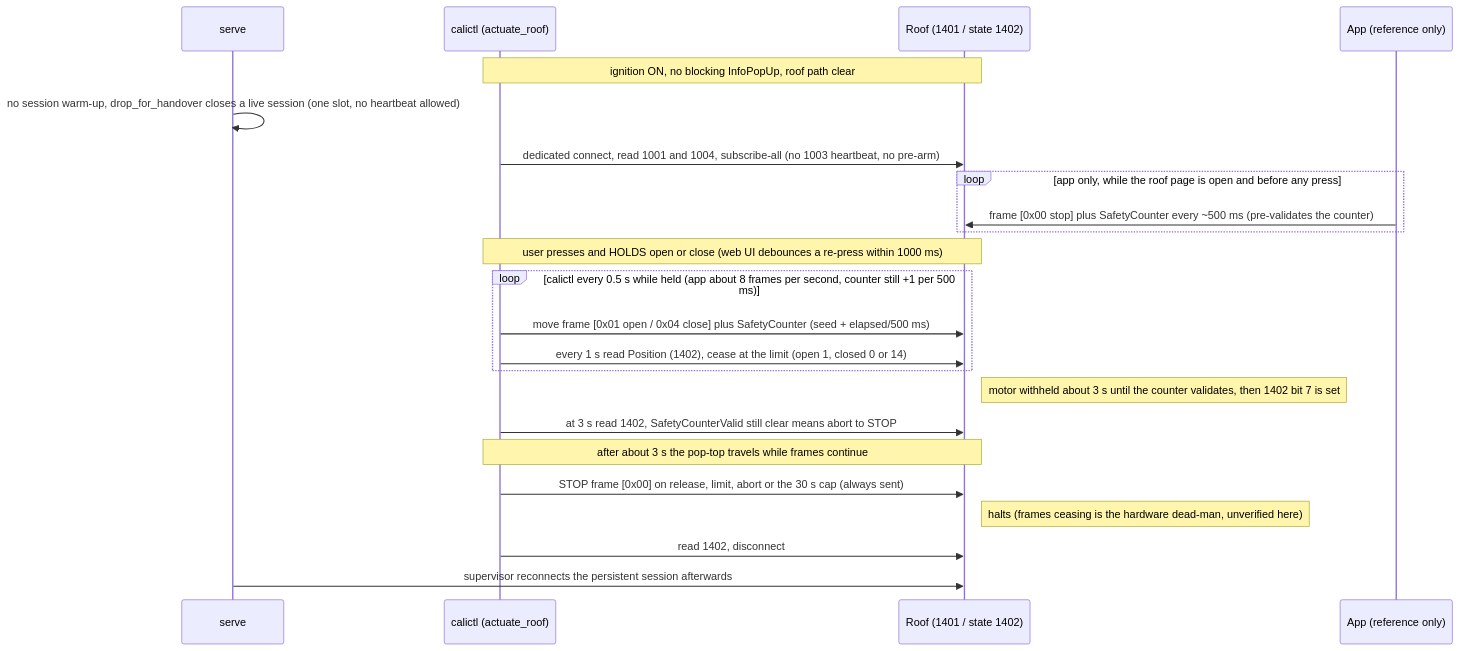
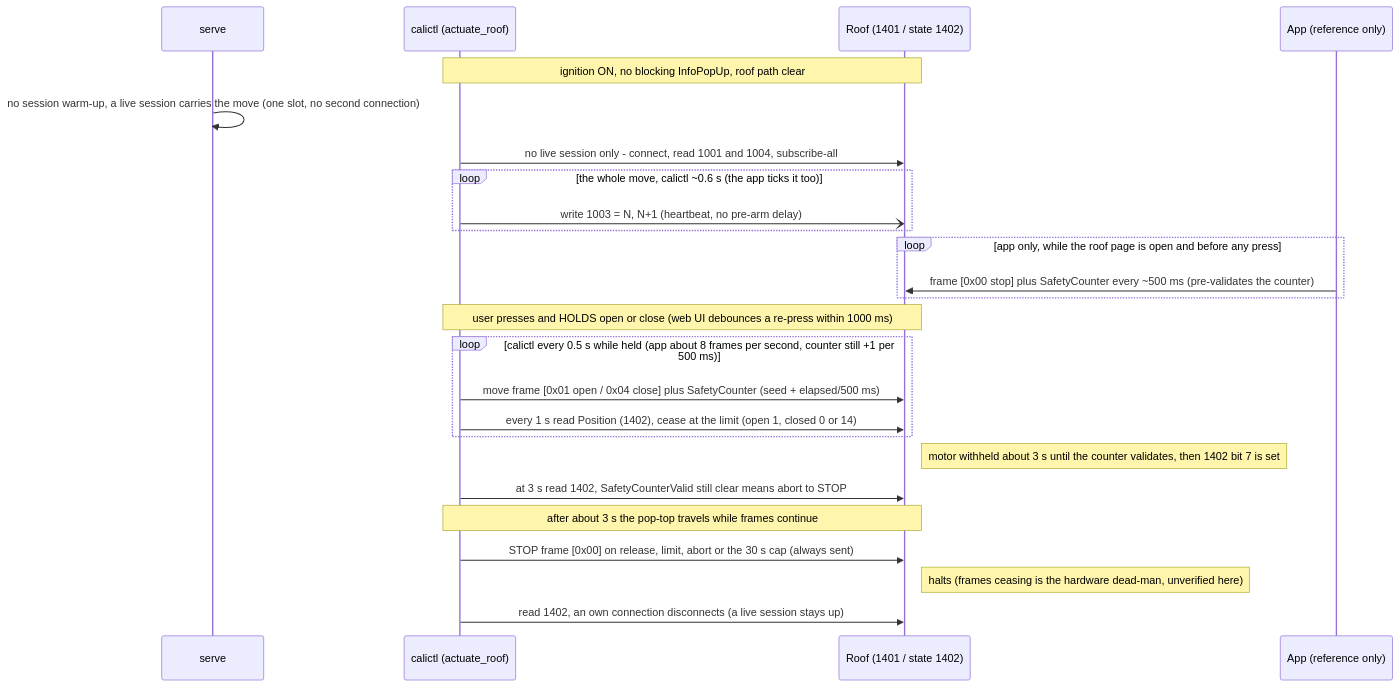
One commit to ckeller42/open-california changed the seventh of 10 diagrams in docs/protocol-sequences.rst. Above: the diagram before and after it, drawn with Mermaid. The commit also changed other lines of this file and 7 other files, not shown here.

First line of the commit message:
docs: roof arm follows the app (1003 heartbeat during the move)

```diff
--- a/docs/protocol-sequences.rst
+++ b/docs/protocol-sequences.rst
@@ -558,25 +558,27 @@
 .. mermaid::
 
     sequenceDiagram
         participant S as serve
         participant C as calictl (actuate_roof)
         participant U as Roof (1401 / state 1402)
         participant A as App (reference only)
         Note over C,U: ignition ON, no blocking InfoPopUp, roof path clear
-        S->>S: no session warm-up, drop_for_handover closes a live session (one slot, no heartbeat allowed)
-        C->>U: dedicated connect, read 1001 and 1004, subscribe-all (no 1003 heartbeat, no pre-arm)
+        S->>S: no session warm-up, a live session carries the move (one slot, no second connection)
+        C->>U: no live session only - connect, read 1001 and 1004, subscribe-all
+        loop the whole move, calictl ~0.6 s (the app ticks it too)
+            C-)U: write 1003 = N, N+1 (heartbeat, no pre-arm delay)
+        end
         loop app only, while the roof page is open and before any press
             A->>U: frame [0x00 stop] plus SafetyCounter every ~500 ms (pre-validates the counter)
         end
         Note over C,U: user presses and HOLDS open or close (web UI debounces a re-press within 1000 ms)
         loop calictl every 0.5 s while held (app about 8 frames per second, counter still +1 per 500 ms)
             C->>U: move frame [0x01 open / 0x04 close] plus SafetyCounter (seed + elapsed/500 ms)
             C->>U: every 1 s read Position (1402), cease at the limit (open 1, closed 0 or 14)
         end
         Note right of U: motor withheld about 3 s until the counter validates, then 1402 bit 7 is set
         C->>U: at 3 s read 1402, SafetyCounterValid still clear means abort to STOP
         Note over C,U: after about 3 s the pop-top travels while frames continue
         C->>U: STOP frame [0x00] on release, limit, abort or the 30 s cap (always sent)
         Note right of U: halts (frames ceasing is the hardware dead-man, unverified here)
-        C->>U: read 1402, disconnect
-        S->>U: supervisor reconnects the persistent session afterwards
+        C->>U: read 1402, an own connection disconnects (a live session stays up)
```
